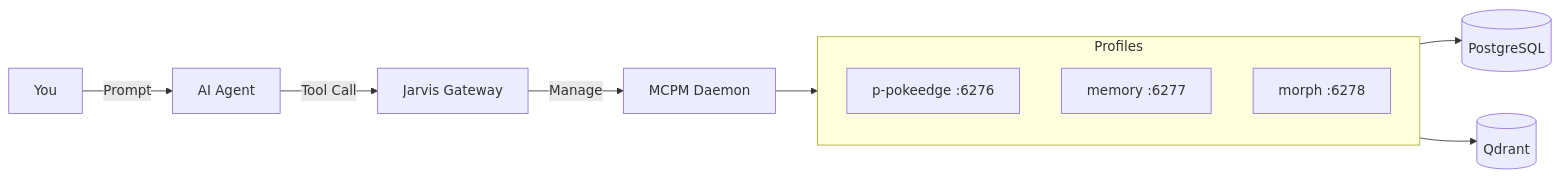
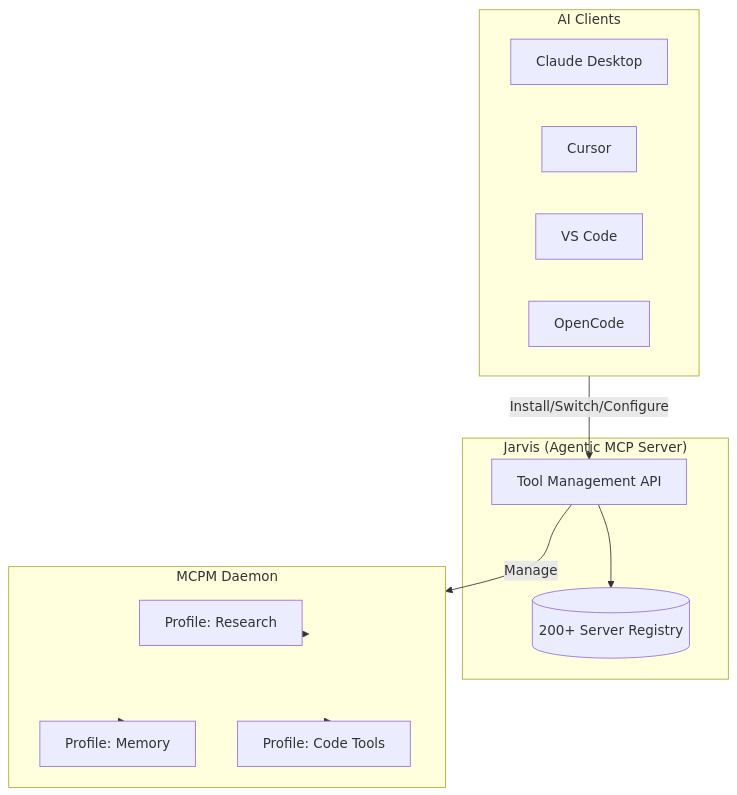
Before and after one commit to JRedeker/Jarvis-mcpm: the diagram in README.md, drawn with Mermaid. The commit also changed other lines of this file, not shown here.

First line of the commit message:
docs: rewrite README to focus on agentic-first MCP server value proposition

````diff
--- a/README.md
+++ b/README.md
@@ -71,16 +112,25 @@
 ```mermaid
-flowchart LR
-    User[You] -->|Prompt| Agent[AI Agent]
-    Agent -->|Tool Call| Jarvis[Jarvis Gateway]
-    Jarvis -->|Manage| Daemon[MCPM Daemon]
-
-    subgraph Profiles
-        P1[p-pokeedge :6276]
-        P2[memory :6277]
-        P3[morph :6278]
+flowchart TB
+    subgraph Clients["AI Clients"]
+        Claude[Claude Desktop]
+        Cursor[Cursor]
+        VSCode[VS Code]
+        OpenCode[OpenCode]
     end
 
-    Daemon --> Profiles
-    Profiles --> DB[(PostgreSQL)]
-    Profiles --> Vector[(Qdrant)]
+    subgraph Jarvis["Jarvis (Agentic MCP Server)"]
+        Gateway[Tool Management API]
+        Registry[(200+ Server Registry)]
+    end
+
+    subgraph Daemon["MCPM Daemon"]
+        P1[Profile: Research]
+        P2[Profile: Memory]
+        P3[Profile: Code Tools]
+    end
+
+    Clients -->|"Install/Switch/Configure"| Gateway
+    Gateway --> Registry
+    Gateway -->|Manage| Daemon
+    Daemon --> P1 & P2 & P3
 ```
````
